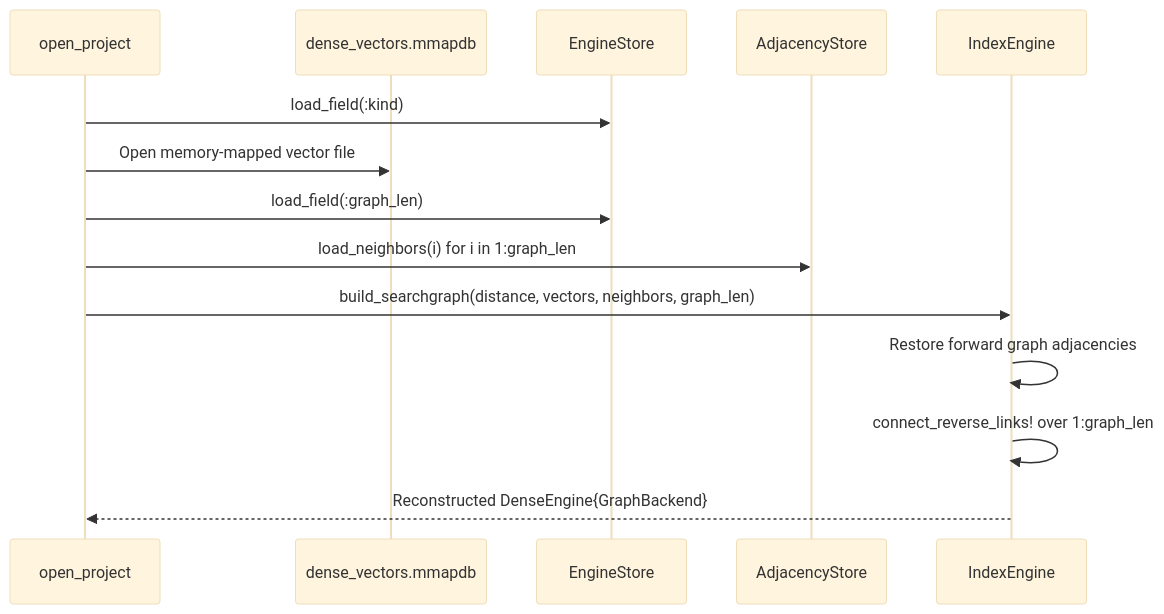
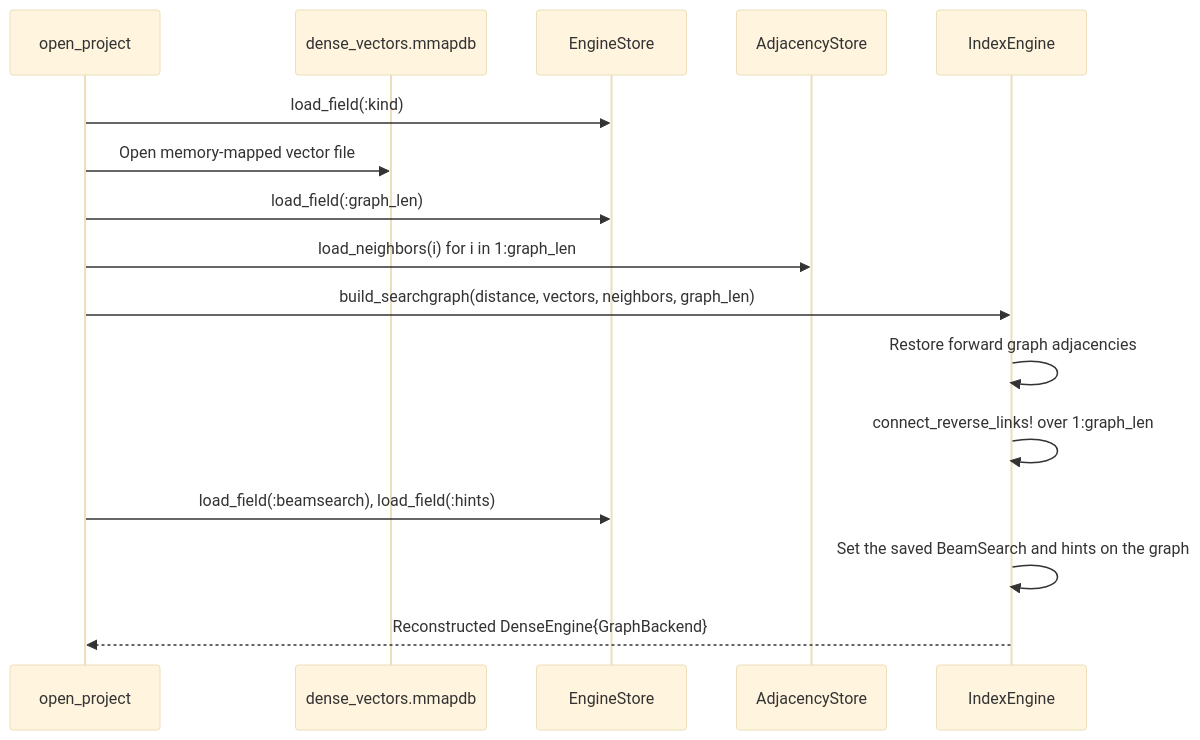
One commit to sadit/SimilaritySearchEngine.jl changed the sixth of 7 diagrams in manual/architecture.qmd. Above: the diagram before and after it, drawn with Mermaid (base theme). The commit also changed other lines of this file and 7 other files, not shown here.

First line of the commit message:
Keep a graph's beam search and hints across a reopen; plan dense partitions

````diff
--- a/manual/architecture.qmd
+++ b/manual/architecture.qmd
@@ -406,17 +408,19 @@
 ```{mermaid}
 sequenceDiagram
     participant Caller as open_project
     participant MM as dense_vectors.mmapdb
     participant ES as EngineStore
     participant AS as AdjacencyStore
     participant IE as IndexEngine
 
     Caller->>ES: load_field(:kind)
     Caller->>MM: Open memory-mapped vector file
     Caller->>ES: load_field(:graph_len)
     Caller->>AS: load_neighbors(i) for i in 1:graph_len
     Caller->>IE: build_searchgraph(distance, vectors, neighbors, graph_len)
     IE->>IE: Restore forward graph adjacencies
     IE->>IE: connect_reverse_links! over 1:graph_len
+    Caller->>ES: load_field(:beamsearch), load_field(:hints)
+    IE->>IE: Set the saved BeamSearch and hints on the graph
     IE-->>Caller: Reconstructed DenseEngine{GraphBackend}
 ```
````
